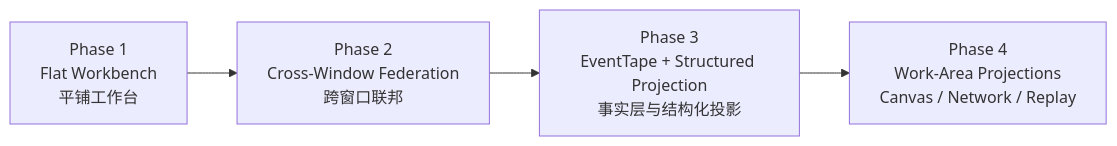
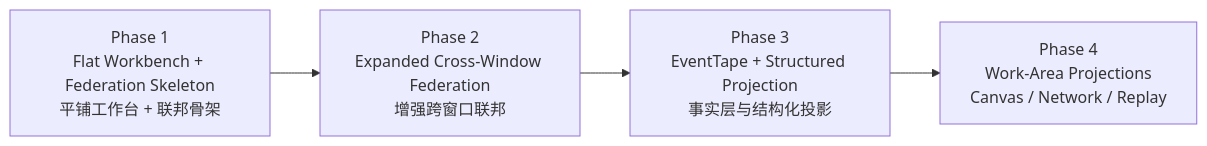
Before and after one commit to exomind-team/exomind: the second of 2 diagrams in docs/architecture/agent-workbench-shared-graph-spec.md, drawn with Mermaid. The commit also changed other lines of this file and 8 other files, not shown here.

Commit message:
feat(workbench): add phase1 flat shell scaffold

````diff
--- a/docs/architecture/agent-workbench-shared-graph-spec.md
+++ b/docs/architecture/agent-workbench-shared-graph-spec.md
@@ -212,6 +212,6 @@
 ```mermaid
 flowchart LR
-  P1["Phase 1<br/>Flat Workbench<br/>平铺工作台"] --> P2["Phase 2<br/>Cross-Window Federation<br/>跨窗口联邦"]
+  P1["Phase 1<br/>Flat Workbench + Federation Skeleton<br/>平铺工作台 + 联邦骨架"] --> P2["Phase 2<br/>Expanded Cross-Window Federation<br/>增强跨窗口联邦"]
   P2 --> P3["Phase 3<br/>EventTape + Structured Projection<br/>事实层与结构化投影"]
   P3 --> P4["Phase 4<br/>Work-Area Projections<br/>Canvas / Network / Replay"]
 ```
````
